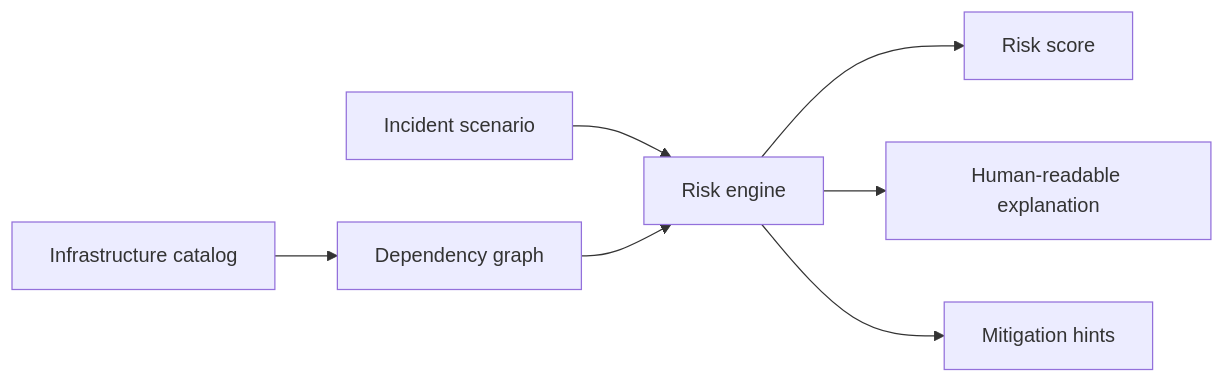
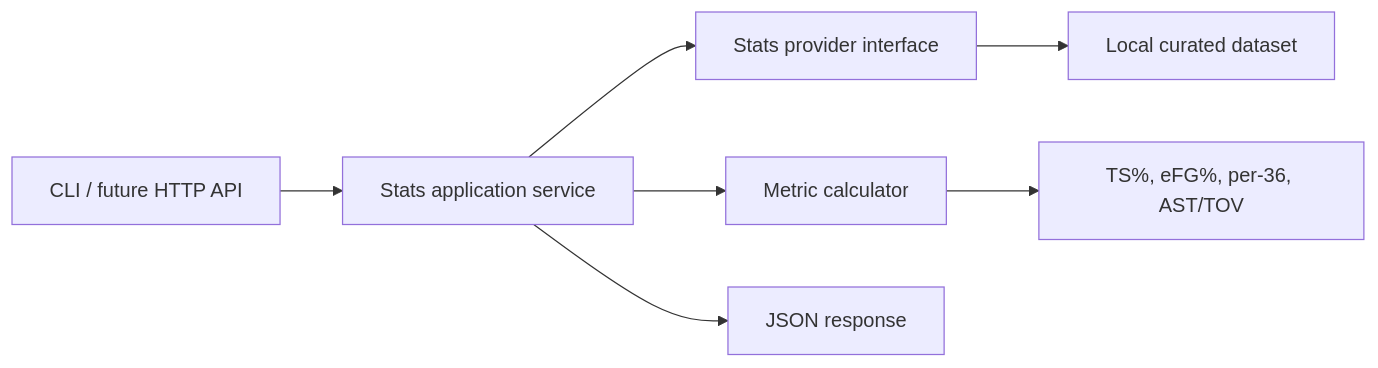
One commit to inotmustdie/internet-pulse-engine changed the diagram in README.md. Above: the diagram before and after it, drawn with Mermaid. The commit also changed other lines of this file and 26 other files, not shown here.

````diff
--- a/README.md
+++ b/README.md
@@ -20,9 +47,9 @@
 ```mermaid
 flowchart LR
-    Catalog[Infrastructure catalog] --> Graph[Dependency graph]
-    Scenario[Incident scenario] --> Engine[Risk engine]
-    Graph --> Engine
-    Engine --> Score[Risk score]
-    Engine --> Explanation[Human-readable explanation]
-    Engine --> Recommendations[Mitigation hints]
+    CLI[CLI / future HTTP API] --> Service[Stats application service]
+    Service --> Provider[Stats provider interface]
+    Provider --> Dataset[Local curated dataset]
+    Service --> Calculator[Metric calculator]
+    Calculator --> Metrics[TS%, eFG%, per-36, AST/TOV]
+    Service --> Response[JSON response]
 ```
````
